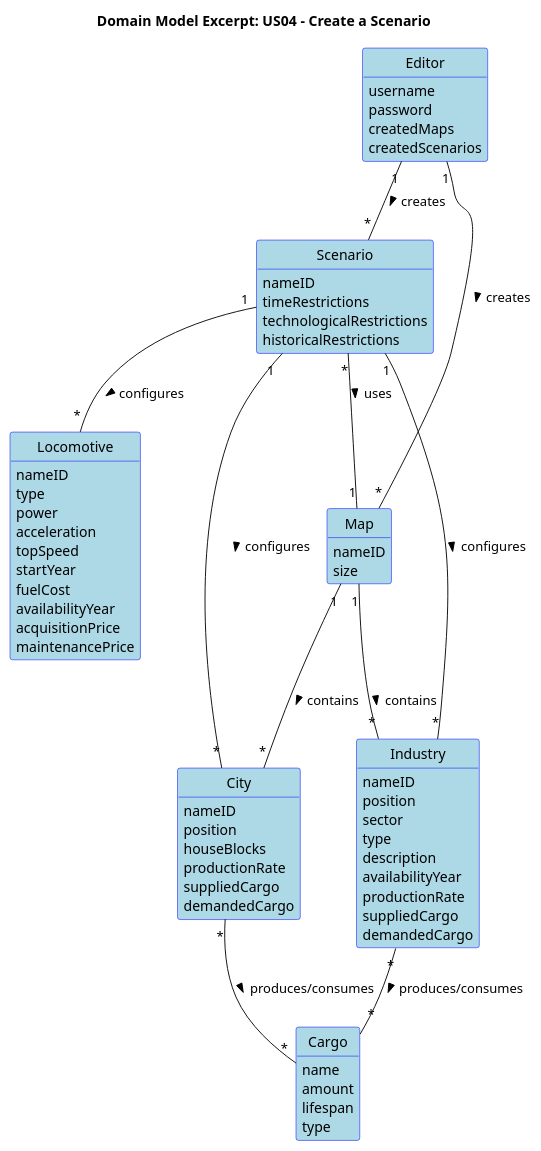
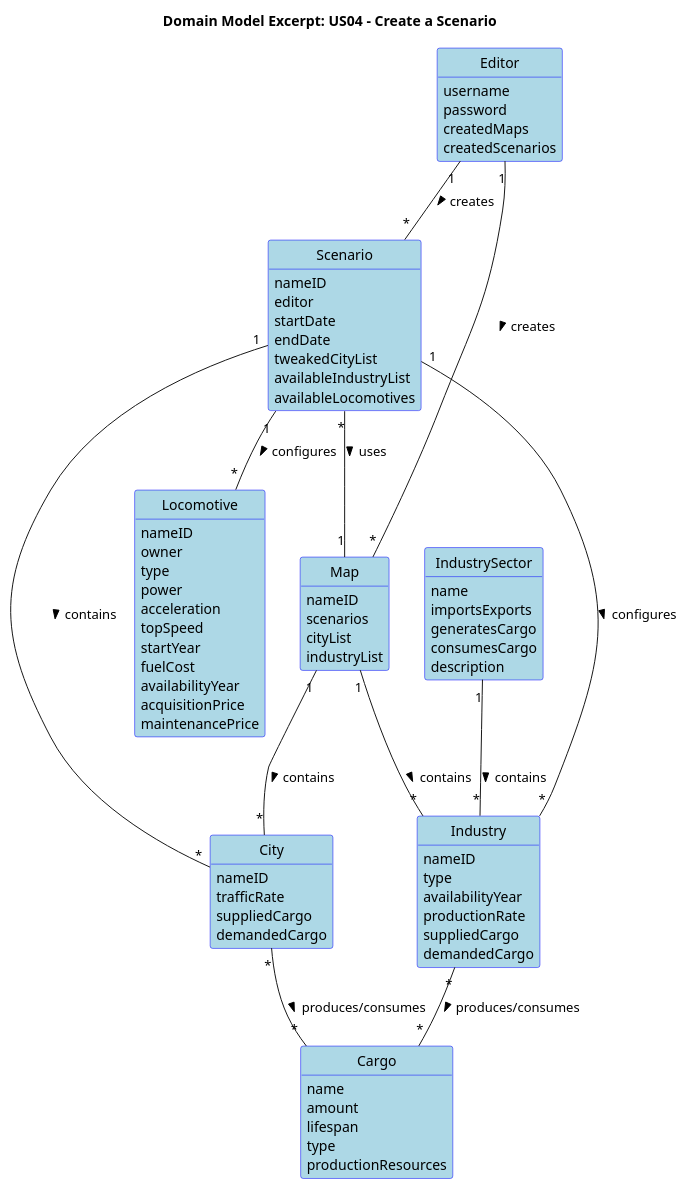
The diagram in docs/system-documentation/Sprint 2/US04/02.analysis/puml/US04-DM.puml (HenriqueSilva18/Railway-Network-Simulator), drawn with PlantUML before and after one commit. The commit also changed 32 other files, not shown here.

```diff
--- a/docs/system-documentation/Sprint 2/US04/02.analysis/puml/US04-DM.puml
+++ b/docs/system-documentation/Sprint 2/US04/02.analysis/puml/US04-DM.puml
@@ -1,88 +1,99 @@
 @startuml
 skinparam shadowing false
 skinparam classAttributeIconSize 0
 skinparam class {
   BackgroundColor LightBlue
   BorderColor Blue
 }
 skinparam enum {
   BackgroundColor LightBlue
   BorderColor Blue
 }
 hide circle
 hide methods
 
 title Domain Model Excerpt: US04 - Create a Scenario
 
 class Editor {
-    username
-    password
-    createdMaps
-    createdScenarios
+  username
+  password
+  createdMaps
+  createdScenarios
 }
 
 class Scenario {
   nameID
-  timeRestrictions
-  technologicalRestrictions
-  historicalRestrictions
+  editor
+  startDate
+  endDate
+  tweakedCityList
+  availableIndustryList
+  availableLocomotives
 }
 
 class Map {
   nameID
-  size
+  scenarios
+  cityList
+  industryList
 }
 
 class Industry {
   nameID
-  position
-  sector
   type
-  description
   availabilityYear
   productionRate
   suppliedCargo
   demandedCargo
+}
+
+class IndustrySector {
+  name
+  importsExports
+  generatesCargo
+  consumesCargo
+  description
 }
 
 class Cargo {
   name
   amount
   lifespan
   type
+  productionResources
 }
 
 class Locomotive {
   nameID
+  owner
   type
   power
   acceleration
   topSpeed
   startYear
   fuelCost
   availabilityYear
   acquisitionPrice
   maintenancePrice
 }
 
 class City {
   nameID
-  position
-  houseBlocks
-  productionRate
+  trafficRate
   suppliedCargo
   demandedCargo
 }
 
 Editor "1" -- "*" Map : creates >
 Editor "1" -- "*" Scenario : creates >
 Scenario "*" -- "1" Map : uses >
 Map "1" -- "*" Industry : contains >
 Industry "*" -- "*" Cargo : produces/consumes >
 Scenario "1" -- "*" Locomotive : configures >
 Scenario "1" -- "*" Industry : configures >
 City "*" -- "*" Cargo : produces/consumes >
 Map "1" -- "*" City : contains >
-Scenario "1" -- "*" City : configures >
+Scenario "1" -- "*" City : contains >
+IndustrySector "1" -- "*" Industry : contains >
 
 @enduml
```
